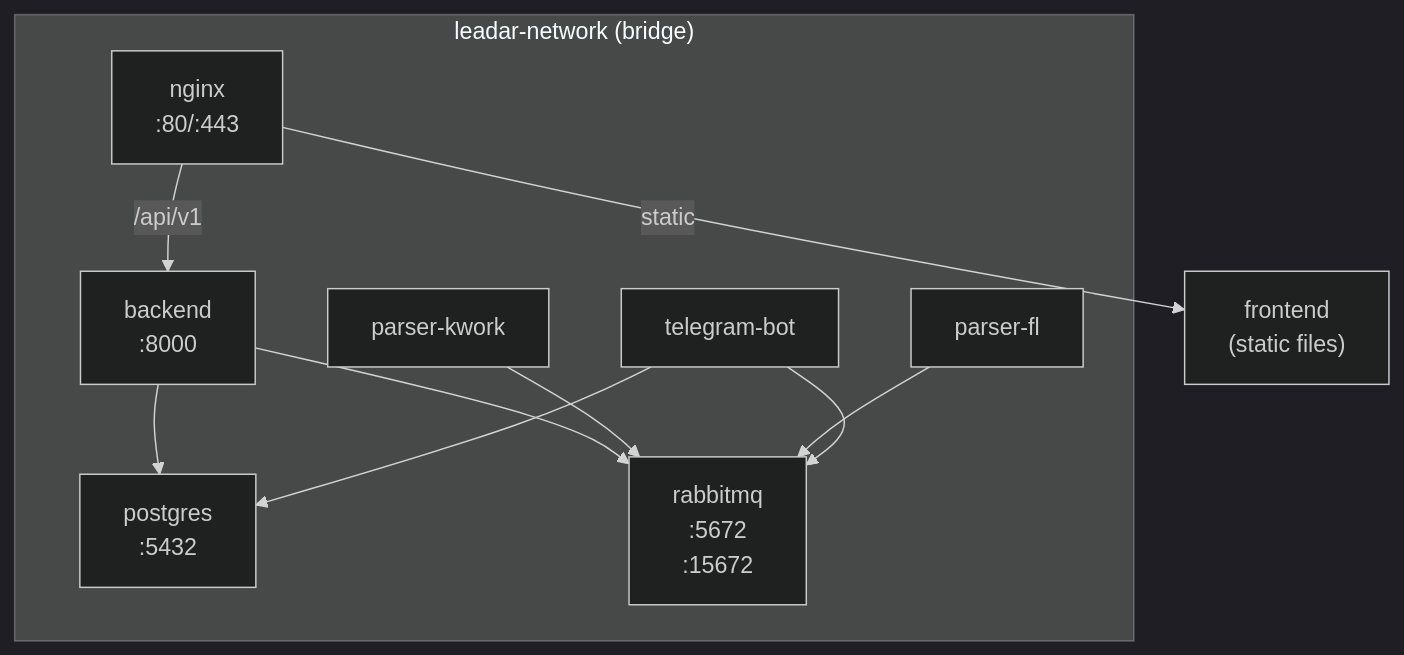
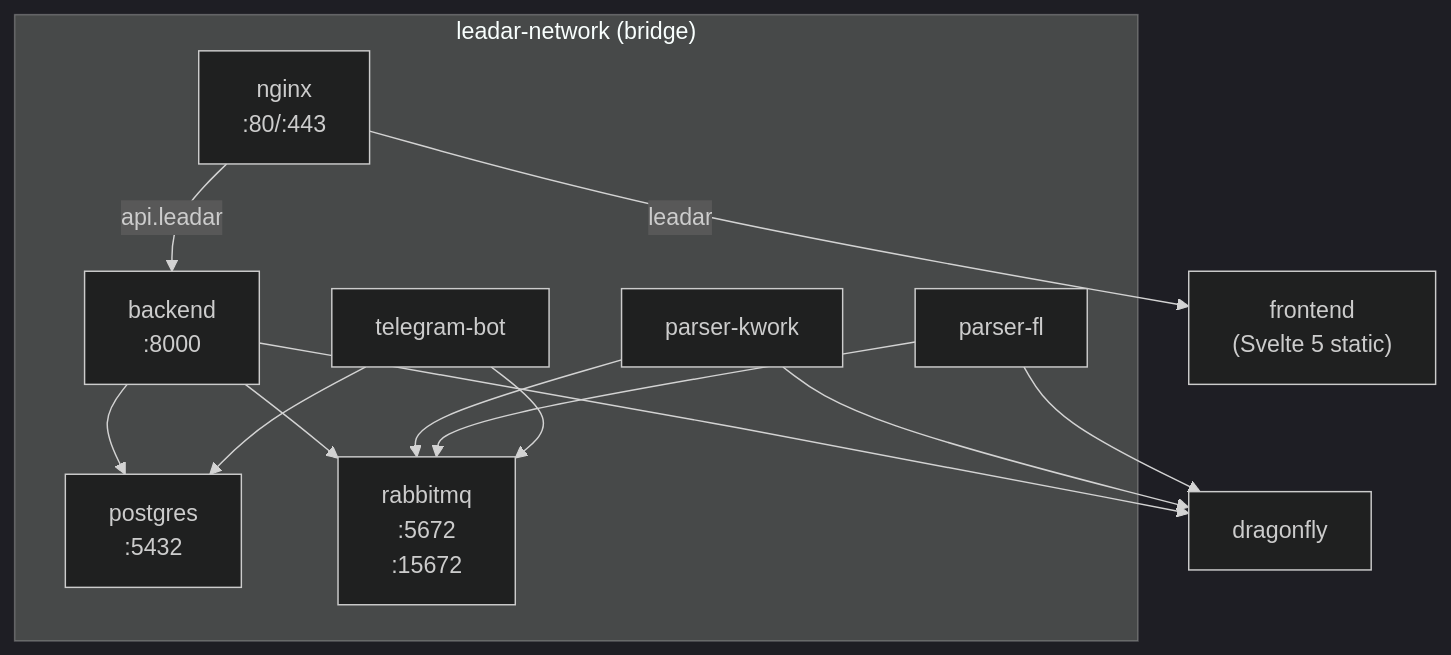
The diagram in INFRASTRUCTURE.md (leadar-dev/documentation), drawn with Mermaid (dark theme) before and after one commit. The commit also changed other lines of this file and 17 other files, not shown here.

````diff
--- a/INFRASTRUCTURE.md
+++ b/INFRASTRUCTURE.md
@@ -46,21 +48,24 @@
 ```mermaid
 graph TB
     subgraph docker-network["leadar-network (bridge)"]
         nginx["nginx\n:80/:443"]
         backend["backend\n:8000"]
         parser_kwork["parser-kwork"]
         parser_fl["parser-fl"]
         bot["telegram-bot"]
         postgres["postgres\n:5432"]
         rabbitmq["rabbitmq\n:5672\n:15672"]
     end
 
-    nginx -->|/api/v1| backend
-    nginx -->|static| frontend_files["frontend\n(static files)"]
+    nginx -->|api.leadar| backend
+    nginx -->|leadar| frontend_files["frontend\n(Svelte 5 static)"]
     backend --> postgres
     backend --> rabbitmq
+    backend --> dragonfly
     parser_kwork --> rabbitmq
+    parser_kwork --> dragonfly
     parser_fl --> rabbitmq
+    parser_fl --> dragonfly
     bot --> rabbitmq
     bot --> postgres
 ```
````
